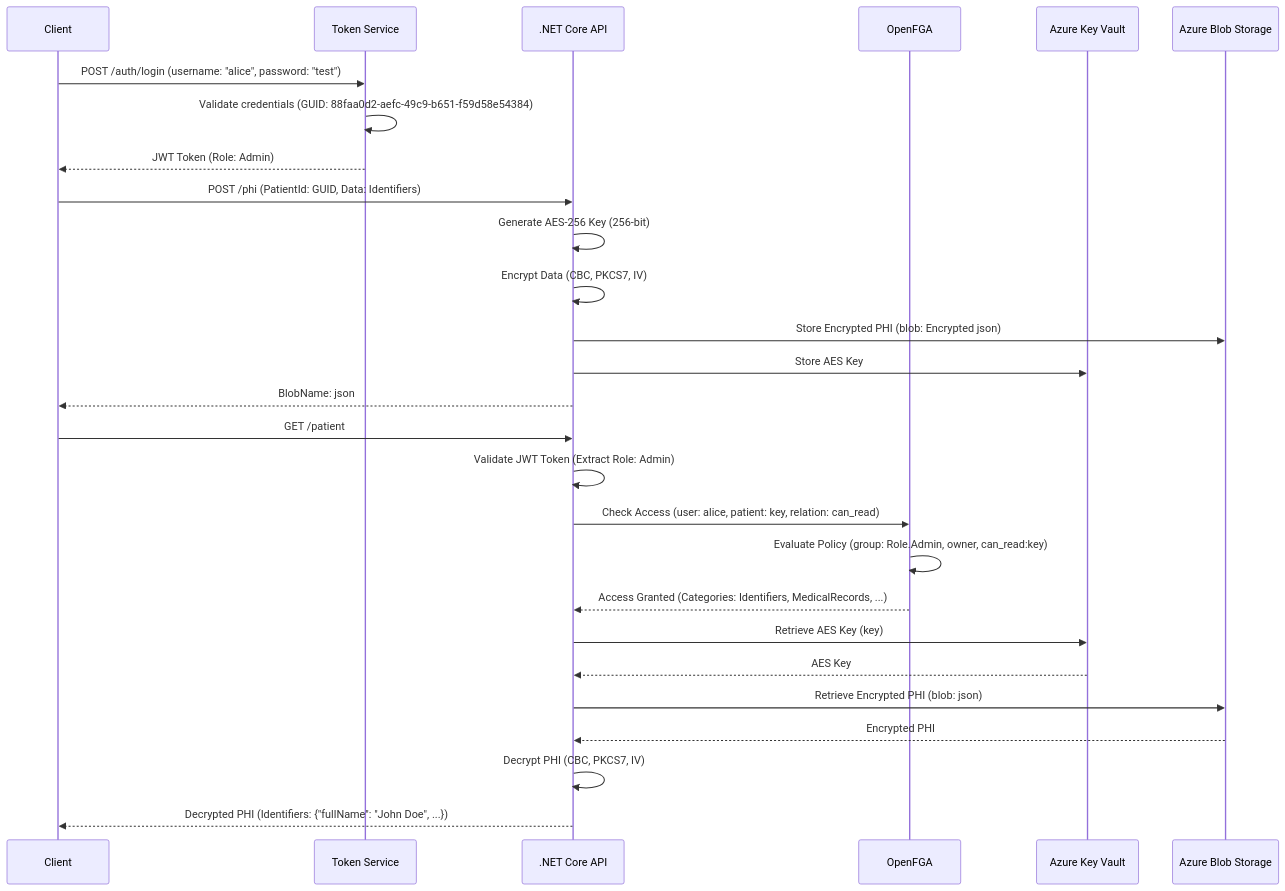
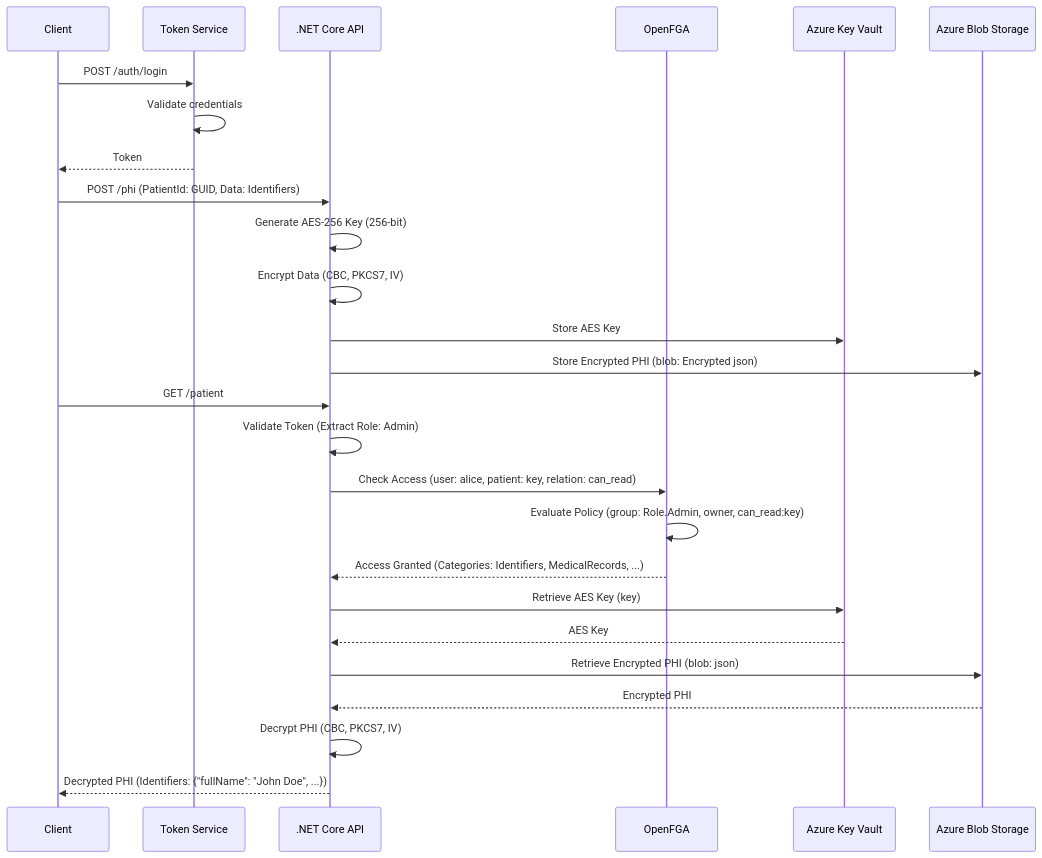
Before and after one commit to ramital/SecureStorage: the second of 4 diagrams in README.md, drawn with Mermaid. The commit also changed other lines of this file, not shown here.

````diff
--- a/README.md
+++ b/README.md
@@ -55,35 +59,34 @@
 ```mermaid
 sequenceDiagram
     participant C as Client
     participant TS as Token Service
     participant API as .NET Core API
     participant OFGA as OpenFGA
     participant KV as Azure Key Vault
     participant BS as Azure Blob Storage
 
     %% Login and Token Generation
-    C->>TS: POST /auth/login (username: "alice", password: "test")
-    TS->>TS: Validate credentials (GUID: 88faa0d2-aefc-49c9-b651-f59d58e54384)
-    TS-->>C: JWT Token (Role: Admin)
+    C->>TS: POST /auth/login 
+    TS->>TS: Validate credentials 
+    TS-->>C: Token
 
     %% Store PHI Data (Anonymous Access)
     C->>API: POST /phi (PatientId: GUID, Data: Identifiers)
     API->>API: Generate AES-256 Key (256-bit)
     API->>API: Encrypt Data (CBC, PKCS7, IV)
+    API->>KV: Store AES Key 
     API->>BS: Store Encrypted PHI (blob: Encrypted json)
-    API->>KV: Store AES Key 
-    API-->>C: BlobName: json
 
     %% Get Patient list (Authorized Access)
     C->>API: GET /patient 
-    API->>API: Validate JWT Token (Extract Role: Admin)
+    API->>API: Validate Token (Extract Role: Admin)
     API->>OFGA: Check Access (user: alice, patient: key, relation: can_read)
     OFGA->>OFGA: Evaluate Policy (group: Role.Admin, owner, can_read:key)
     OFGA-->>API: Access Granted (Categories: Identifiers, MedicalRecords, ...)
     API->>KV: Retrieve AES Key (key)
     KV-->>API: AES Key
     API->>BS: Retrieve Encrypted PHI (blob: json)
     BS-->>API: Encrypted PHI
     API->>API: Decrypt PHI (CBC, PKCS7, IV)
     API-->>C: Decrypted PHI (Identifiers: {"fullName": "John Doe", ...})
 ```
````
